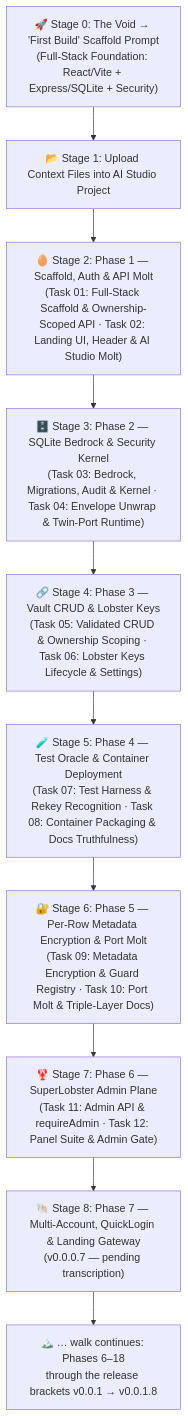
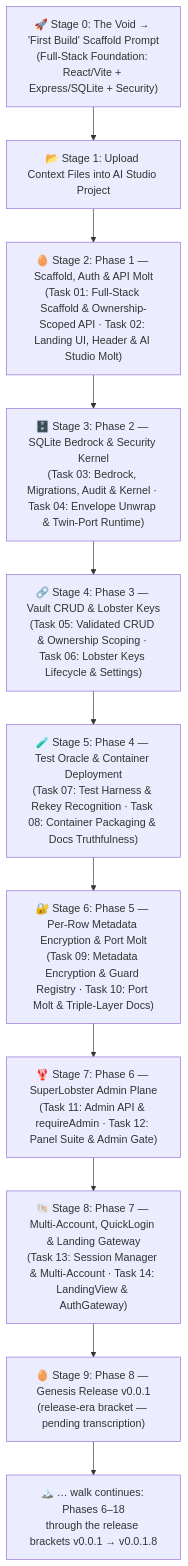
The diagram in project/meta-prompt-ai-studio.md (ClawStackStudios/ShellGuard), drawn with Mermaid before and after one commit. The commit also changed other lines of this file and 2 other files, not shown here.

First line of the commit message:
docs: transcribe Phase 7 - Multi-Account, QuickLogin & Landing Gateway

````diff
--- a/project/meta-prompt-ai-studio.md
+++ b/project/meta-prompt-ai-studio.md
@@ -16,23 +16,25 @@
 ```mermaid
 flowchart TD
     Step0["🚀 Stage 0: The Void → 'First Build' Scaffold Prompt<br/>(Full-Stack Foundation: React/Vite + Express/SQLite + Security)"]
     UploadContext["📂 Stage 1: Upload Context Files into AI Studio Project"]
     Phase1["🥚 Stage 2: Phase 1 — Scaffold, Auth & API Molt<br/>(Task 01: Full-Stack Scaffold & Ownership-Scoped API · Task 02: Landing UI, Header & AI Studio Molt)"]
     Phase2["🗄️ Stage 3: Phase 2 — SQLite Bedrock & Security Kernel<br/>(Task 03: Bedrock, Migrations, Audit & Kernel · Task 04: Envelope Unwrap & Twin-Port Runtime)"]
     Phase3["🔗 Stage 4: Phase 3 — Vault CRUD & Lobster Keys<br/>(Task 05: Validated CRUD & Ownership Scoping · Task 06: Lobster Keys Lifecycle & Settings)"]
     Phase4["🧪 Stage 5: Phase 4 — Test Oracle & Container Deployment<br/>(Task 07: Test Harness & Rekey Recognition · Task 08: Container Packaging & Docs Truthfulness)"]
     Phase5["🔐 Stage 6: Phase 5 — Per-Row Metadata Encryption & Port Molt<br/>(Task 09: Metadata Encryption & Guard Registry · Task 10: Port Molt & Triple-Layer Docs)"]
     Phase6["🦞 Stage 7: Phase 6 — SuperLobster Admin Plane<br/>(Task 11: Admin API & requireAdmin · Task 12: Panel Suite & Admin Gate)"]
-    Phase7["🐚 Stage 8: Phase 7 — Multi-Account, QuickLogin & Landing Gateway<br/>(v0.0.0.7 — pending transcription)"]
+    Phase7["🐚 Stage 8: Phase 7 — Multi-Account, QuickLogin & Landing Gateway<br/>(Task 13: Session Manager & Multi-Account · Task 14: LandingView & AuthGateway)"]
+    Phase8["🥚 Stage 9: Phase 8 — Genesis Release v0.0.1<br/>(release-era bracket — pending transcription)"]
     Summit["🏔️ … walk continues: Phases 6–18<br/>through the release brackets v0.0.1 → v0.0.1.8"]
 
     Step0 --> UploadContext
     UploadContext --> Phase1
     Phase1 --> Phase2
     Phase2 --> Phase3
     Phase3 --> Phase4
     Phase4 --> Phase5
     Phase5 --> Phase6
     Phase6 --> Phase7
-    Phase7 --> Summit
+    Phase7 --> Phase8
+    Phase8 --> Summit
 ```
````
